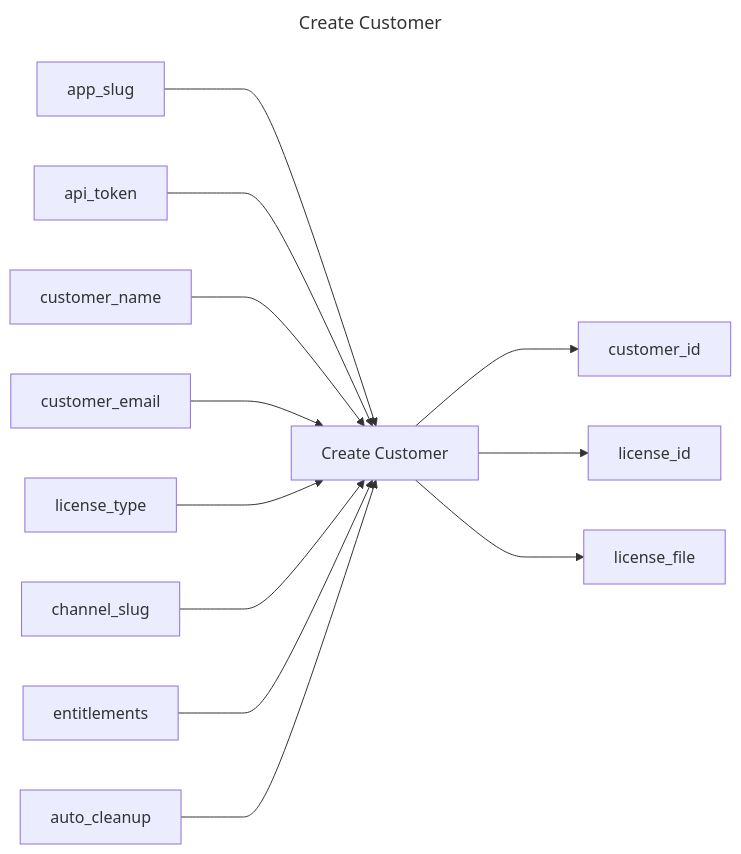
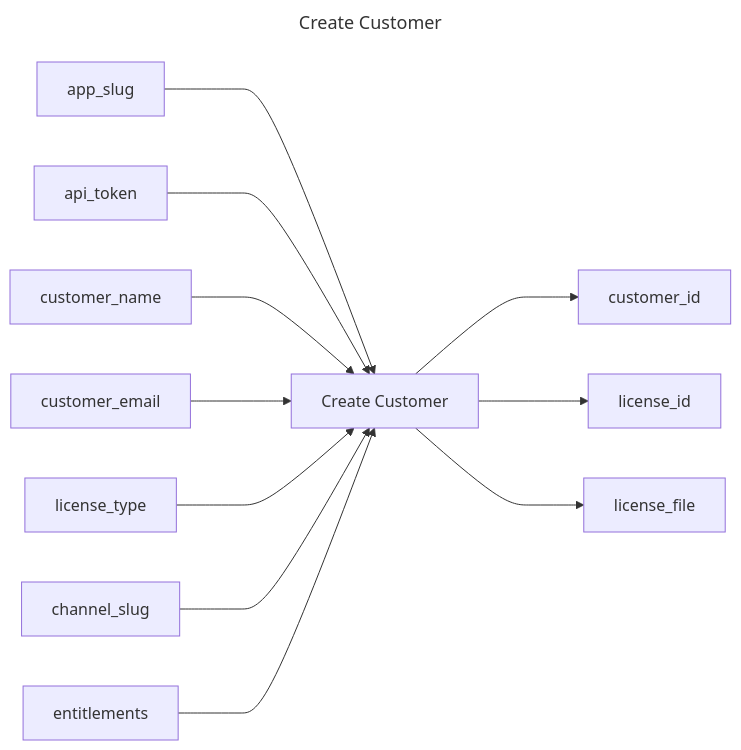
Before and after one commit to replicatedhq/replicated-actions: the diagram in create-customer/README.md, drawn with Mermaid. The commit also changed other lines of this file and 19 other files, not shown here.

````diff
--- a/create-customer/README.md
+++ b/create-customer/README.md
@@ -3,18 +3,17 @@
 ```mermaid
 ---
 title: Create Customer
 ---
 graph LR
 create_customer["Create Customer"]
 app_slug ---> create_customer
 api_token ---> create_customer
 customer_name ---> create_customer
 customer_email ---> create_customer
 license_type ---> create_customer
 channel_slug ---> create_customer
 entitlements ---> create_customer
-auto_cleanup ---> create_customer
 create_customer ---> customer_id
 create_customer ---> license_id
 create_customer ---> license_file
 ```
````
